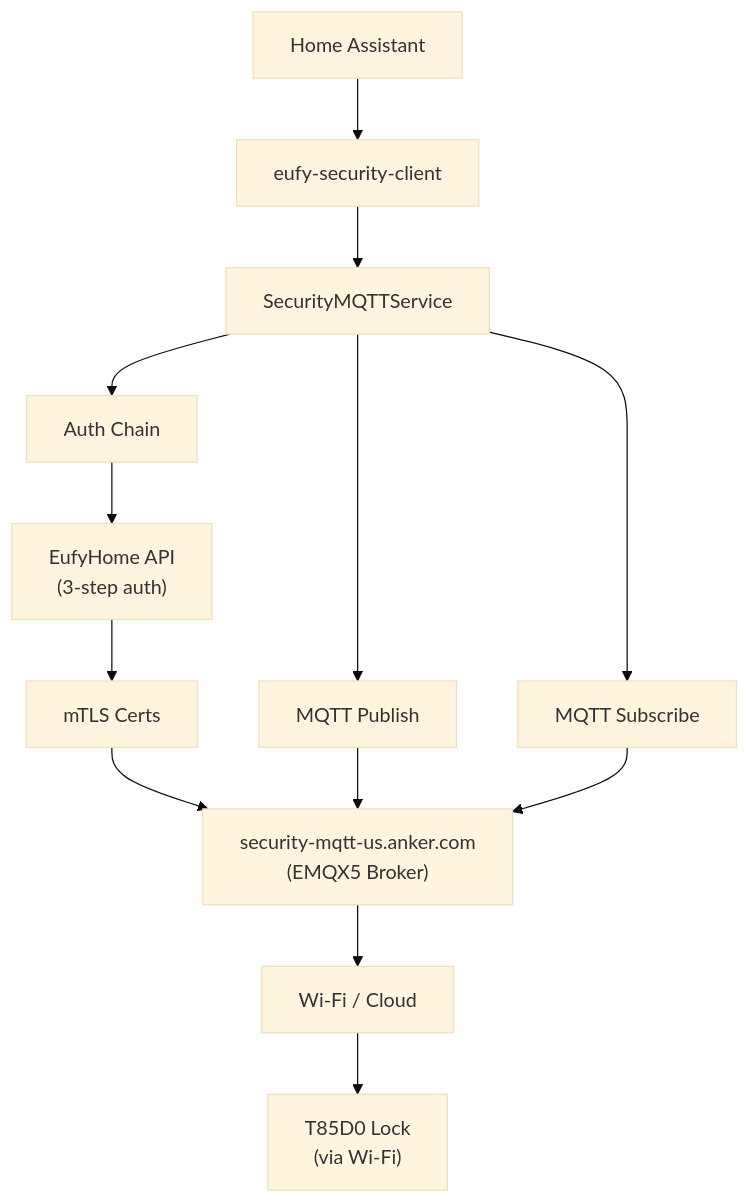
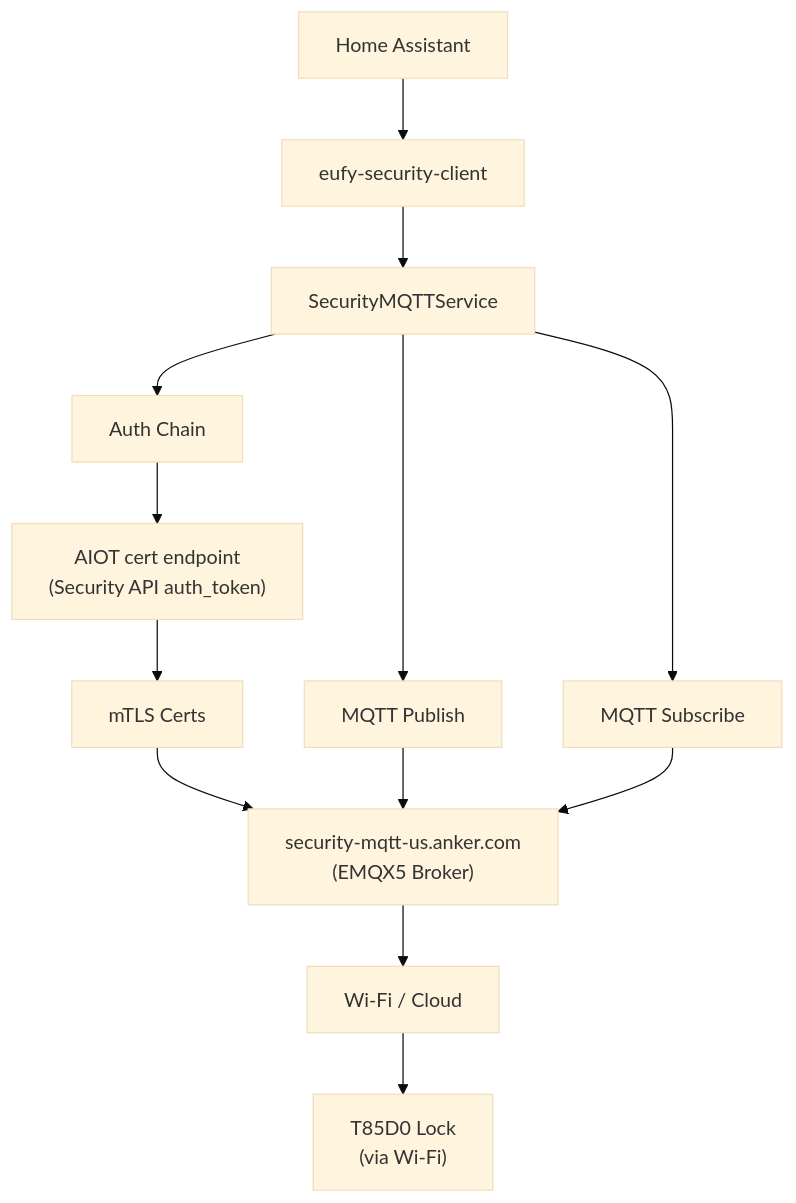
One commit to bropat/eufy-security-client changed the first of 3 diagrams in dev-docs/t85d0-smart-lock-protocol.md. Above: the diagram before and after it, drawn with Mermaid (base theme). The commit also changed other lines of this file and 3 other files, not shown here.

First line of the commit message:
Eliminate EufyHome login from SecurityMQTTService

````diff
--- a/dev-docs/t85d0-smart-lock-protocol.md
+++ b/dev-docs/t85d0-smart-lock-protocol.md
@@ -46,19 +42,19 @@
 ```mermaid
 flowchart TD
     HA[Home Assistant] --> Client[eufy-security-client]
     Client --> SMQTT[SecurityMQTTService]
 
     SMQTT --> Auth[Auth Chain]
     SMQTT --> Pub[MQTT Publish]
     SMQTT --> Sub[MQTT Subscribe]
 
-    Auth --> EufyAPI["EufyHome API<br/>(3-step auth)"]
-    EufyAPI --> Certs[mTLS Certs]
+    Auth --> AIOT["AIOT cert endpoint<br/>(Security API auth_token)"]
+    AIOT --> Certs[mTLS Certs]
 
     Certs --> Broker
     Pub --> Broker
     Sub --> Broker
 
     Broker["security-mqtt-us.anker.com<br/>(EMQX5 Broker)"] --> WiFi[Wi-Fi / Cloud]
     WiFi --> Lock["T85D0 Lock<br/>(via Wi-Fi)"]
 ```
````
